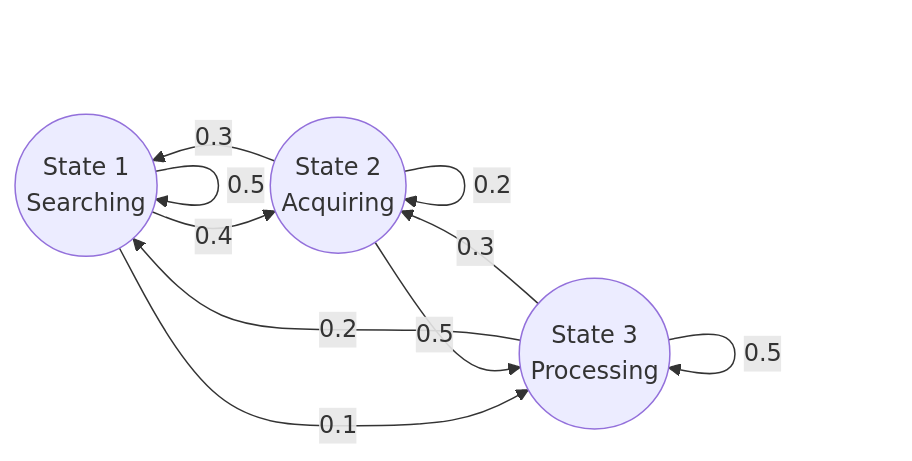
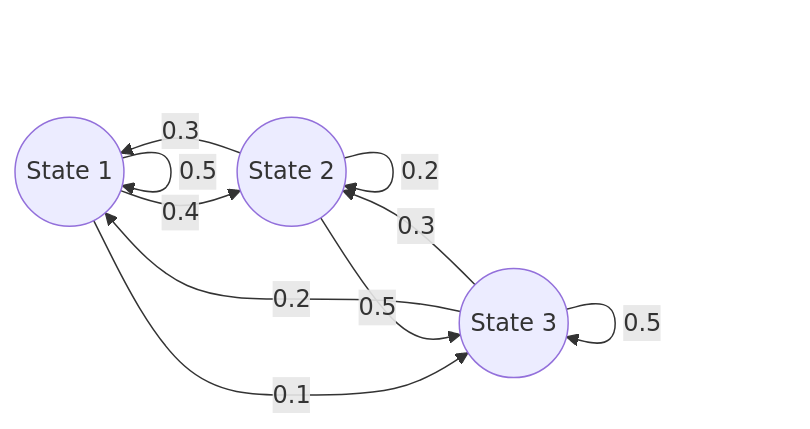
The first of 3 diagrams in content/mathematics/probability/12-markov-chains/11.1-Markov-Property.md (romeo-mhakayakora/knowledge), drawn with Mermaid before and after one commit. The commit also changed other lines of this file, not shown here.

````diff
--- a/content/mathematics/probability/12-markov-chains/11.1-Markov-Property.md
+++ b/content/mathematics/probability/12-markov-chains/11.1-Markov-Property.md
@@ -260,12 +309,12 @@
 ```mermaid
 graph LR
-    S1(("State 1<br>Searching")) -- "0.5" --> S1
-    S1 -- "0.4" --> S2(("State 2<br>Acquiring"))
-    S1 -- "0.1" --> S3(("State 3<br>Processing"))
+    S1((State 1)) -- "0.5" --> S1
+    S1 -- "0.4" --> S2((State 2))
+    S1 -- "0.1" --> S3((State 3))
     S2 -- "0.3" --> S1
     S2 -- "0.2" --> S2
     S2 -- "0.5" --> S3
     S3 -- "0.2" --> S1
     S3 -- "0.3" --> S2
     S3 -- "0.5" --> S3
 ```
````
